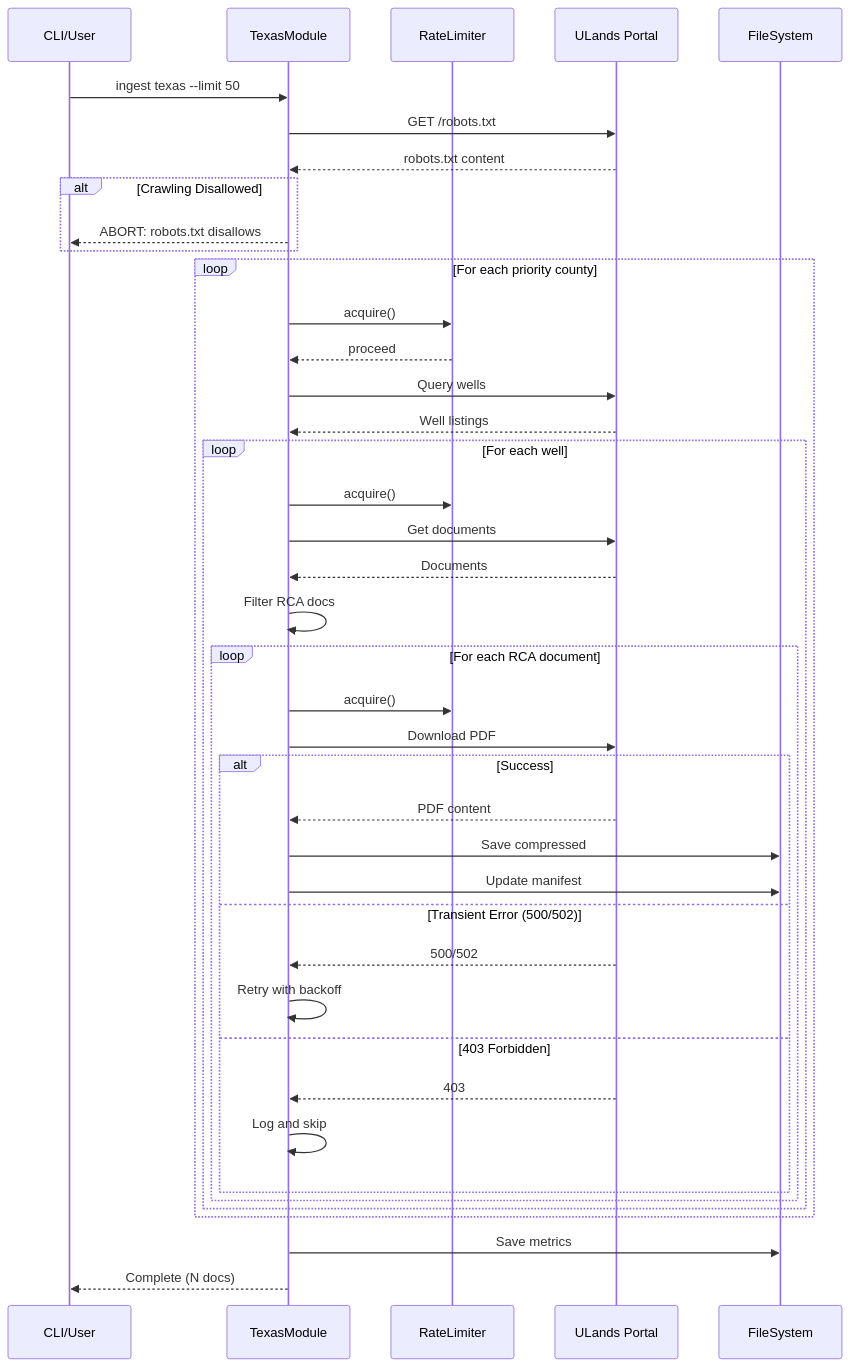
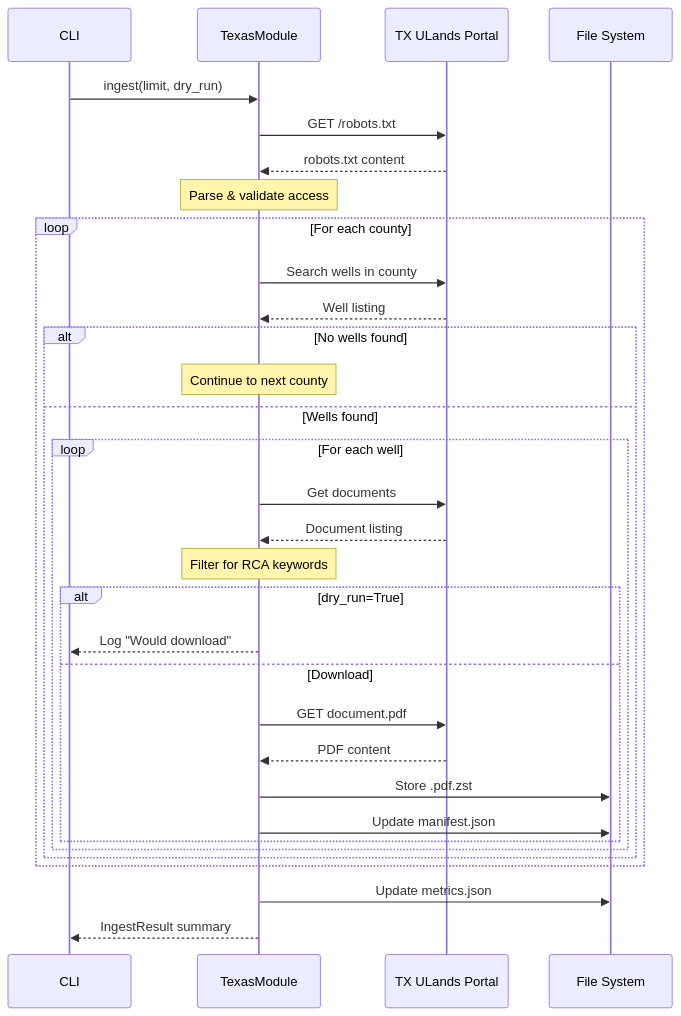
One commit to martymcenroe/RCA-PDF-extraction-pipeline changed the diagram in docs/lld/active/LLD-025.md. Above: the diagram before and after it, drawn with Mermaid. The commit also changed other lines of this file and 7 other files, not shown here.

````diff
--- a/docs/lld/active/LLD-025.md
+++ b/docs/lld/active/LLD-025.md
@@ -344,50 +434,41 @@
 ```mermaid
 sequenceDiagram
-    participant CLI as CLI/User
+    participant CLI as CLI
     participant TM as TexasModule
-    participant RL as RateLimiter
-    participant Portal as ULands Portal
-    participant FS as FileSystem
+    participant Portal as TX ULands Portal
+    participant FS as File System
 
-    CLI->>TM: ingest texas --limit 50
+    CLI->>TM: ingest(limit, dry_run)
     TM->>Portal: GET /robots.txt
     Portal-->>TM: robots.txt content
     
-    alt Crawling Disallowed
-        TM-->>CLI: ABORT: robots.txt disallows
-    end
+    Note over TM: Parse & validate access
     
-    loop For each priority county
-        TM->>RL: acquire()
-        RL-->>TM: proceed
-        TM->>Portal: Query wells
-        Portal-->>TM: Well listings
+    loop For each county
+        TM->>Portal: Search wells in county
+        Portal-->>TM: Well listing
         
-        loop For each well
-            TM->>RL: acquire()
-            TM->>Portal: Get documents
-            Portal-->>TM: Documents
-            TM->>TM: Filter RCA docs
-            
-            loop For each RCA document
-                TM->>RL: acquire()
-                TM->>Portal: Download PDF
+        alt No wells found
+            Note over TM: Continue to next county
+        else Wells found
+            loop For each well
+                TM->>Portal: Get documents
+                Portal-->>TM: Document listing
                 
-                alt Success
+                Note over TM: Filter for RCA keywords
+                
+                alt dry_run=True
+                    TM-->>CLI: Log "Would download"
+                else Download
+                    TM->>Portal: GET document.pdf
                     Portal-->>TM: PDF content
-                    TM->>FS: Save compressed
-                    TM->>FS: Update manifest
-                else Transient Error (500/502)
-                    Portal-->>TM: 500/502
-                    TM->>TM: Retry with backoff
-                else 403 Forbidden
-                    Portal-->>TM: 403
-                    TM->>TM: Log and skip
+                    TM->>FS: Store .pdf.zst
+                    TM->>FS: Update manifest.json
                 end
             end
         end
     end
     
-    TM->>FS: Save metrics
-    TM-->>CLI: Complete (N docs)
+    TM->>FS: Update metrics.json
+    TM-->>CLI: IngestResult summary
 ```
````
